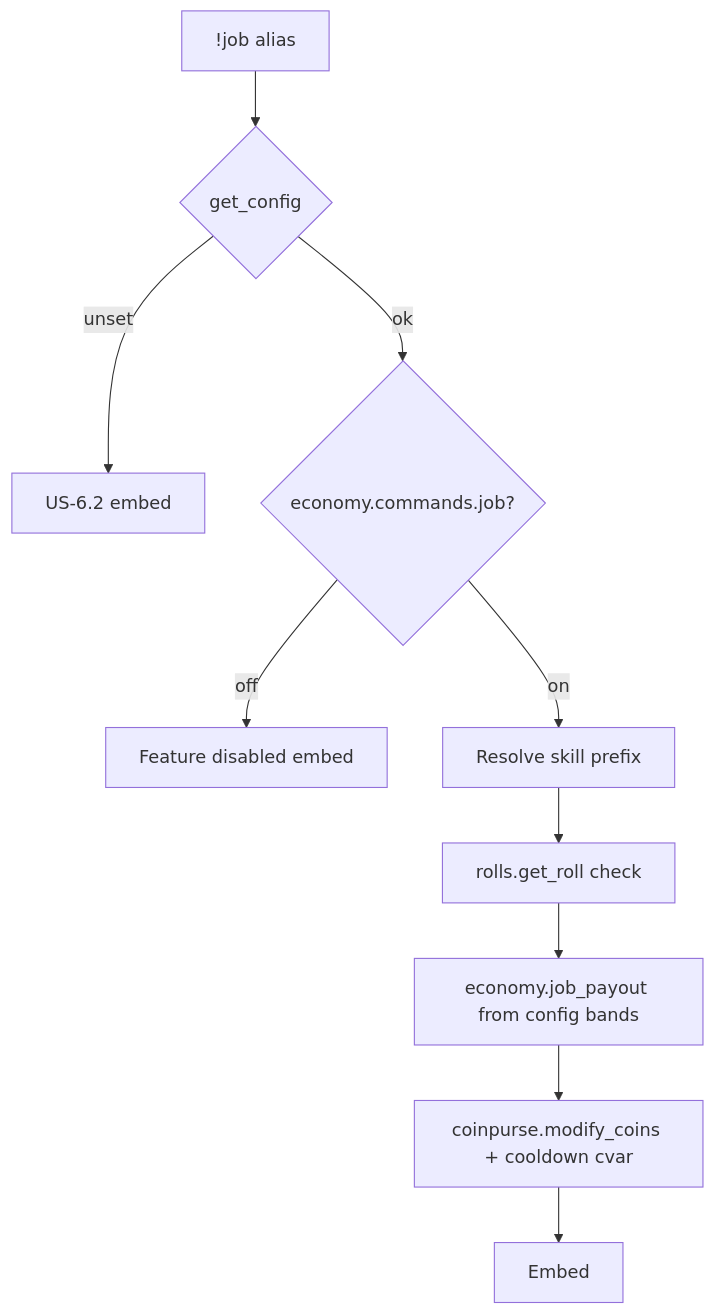
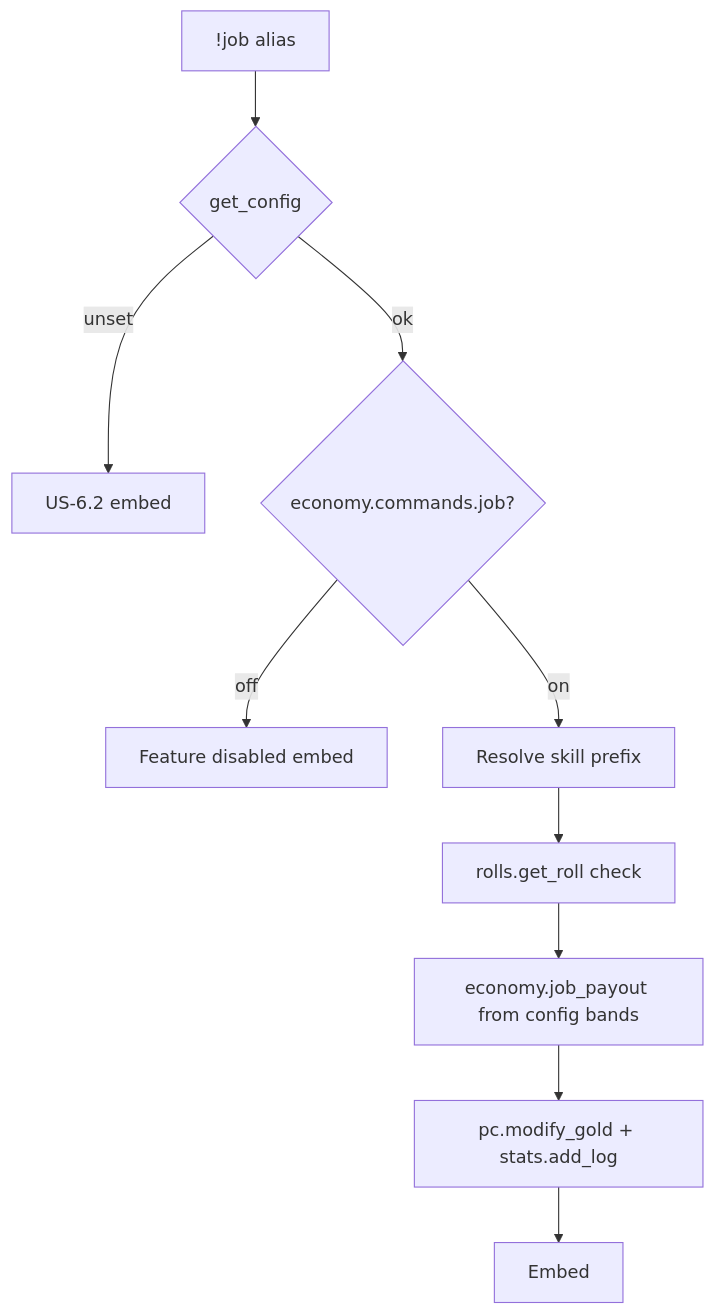
Before and after one commit to Sykander/westmarch-generic: the diagram in docs/internal/projects/westmarch-statement/aliases/economy/job.md, drawn with Mermaid. The commit also changed other lines of this file and 64 other files, not shown here.

````diff
--- a/docs/internal/projects/westmarch-statement/aliases/economy/job.md
+++ b/docs/internal/projects/westmarch-statement/aliases/economy/job.md
@@ -45,12 +45,12 @@
 ```mermaid
 flowchart TD
   A[!job alias] --> B{get_config}
   B -->|unset| Z[US-6.2 embed]
   B -->|ok| C{economy.commands.job?}
   C -->|off| D[Feature disabled embed]
   C -->|on| E[Resolve skill prefix]
   E --> F[rolls.get_roll check]
   F --> G[economy.job_payout from config bands]
-  G --> H[coinpurse.modify_coins + cooldown cvar]
+  G --> H[pc.modify_gold + stats.add_log]
   H --> I[Embed]
 ```
````
